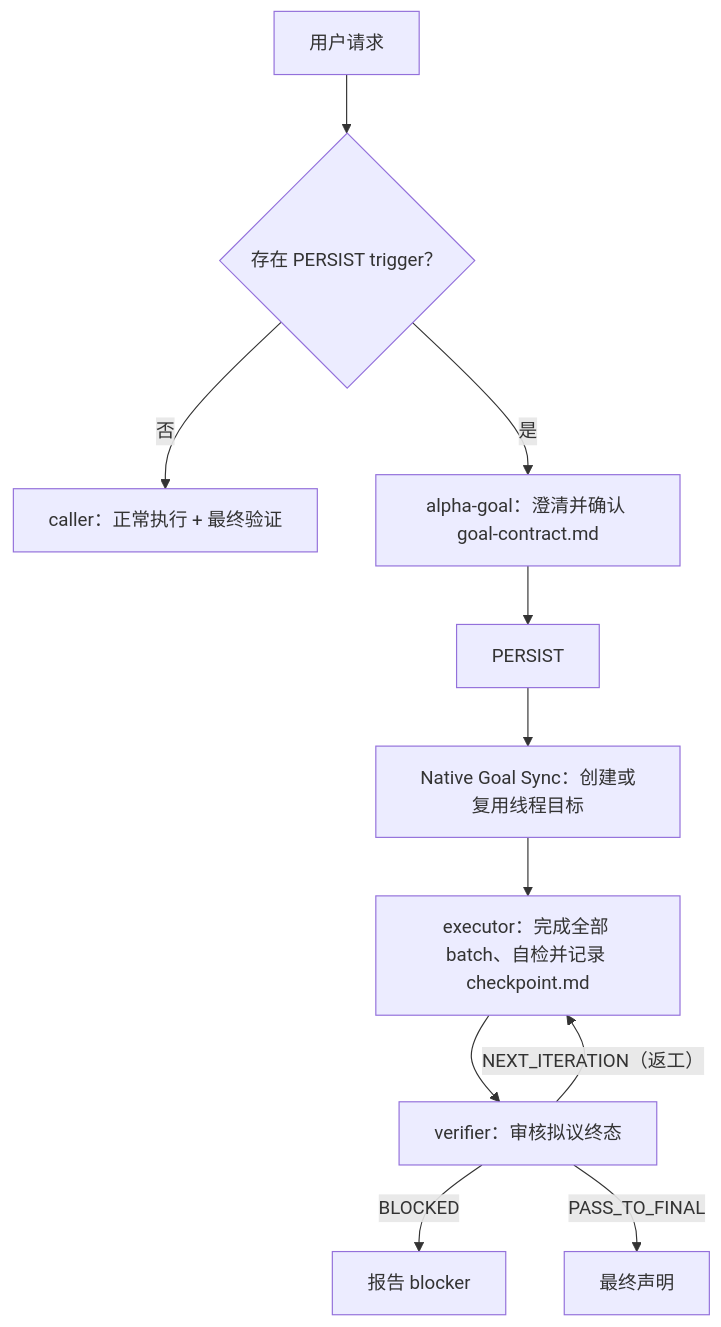
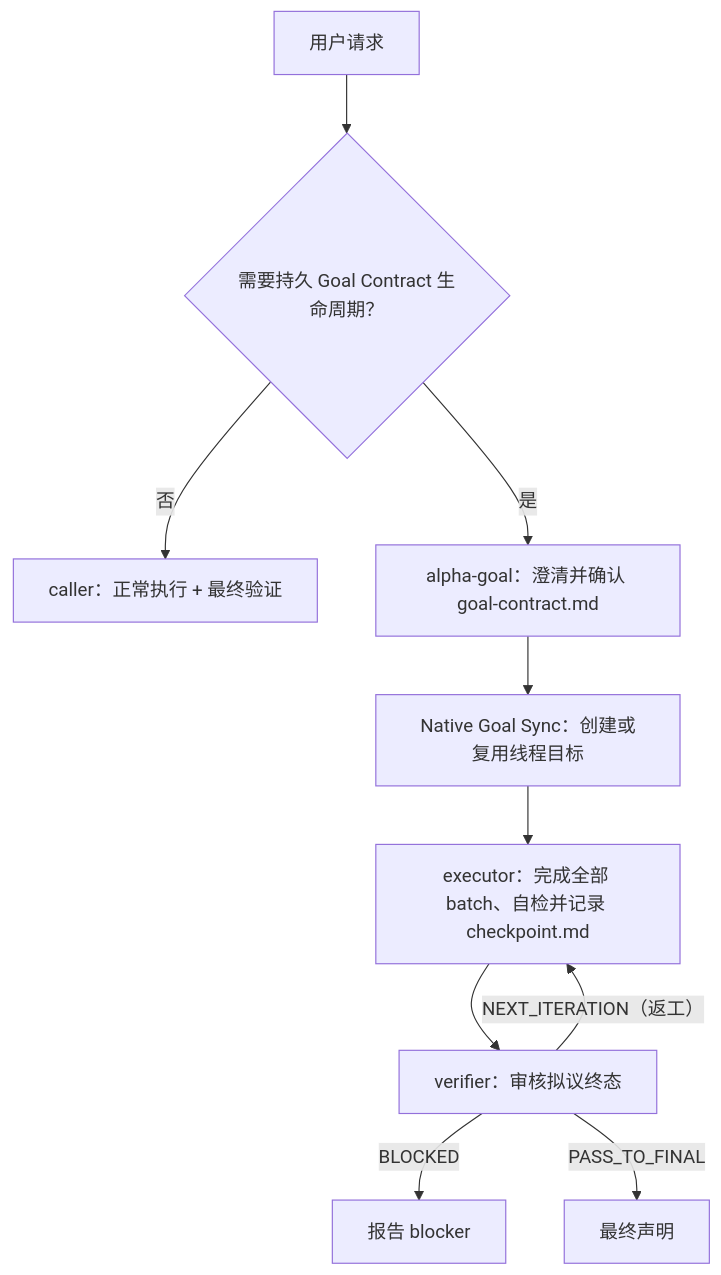
The diagram in README.md (azhonglee/alpha-goal), drawn with Mermaid before and after one commit. The commit also changed other lines of this file and 16 other files, not shown here.

````diff
--- a/README.md
+++ b/README.md
@@ -42,13 +42,12 @@
 ```mermaid
 flowchart TD
-  Q["用户请求"] --> R{"存在 PERSIST trigger？"}
+  Q["用户请求"] --> R{"需要持久 Goal Contract 生命周期？"}
   R -->|"否"| D["caller：正常执行 + 最终验证"]
   R -->|"是"| A["alpha-goal：澄清并确认 goal-contract.md"]
-  A --> P["PERSIST"]
-  P --> S["Native Goal Sync：创建或复用线程目标"]
+  A --> S["Native Goal Sync：创建或复用线程目标"]
   S --> E["executor：完成全部 batch、自检并记录 checkpoint.md"]
   E --> V["verifier：审核拟议终态"]
   V -->|"NEXT_ITERATION（返工）"| E
   V -->|"BLOCKED"| B["报告 blocker"]
   V -->|"PASS_TO_FINAL"| F["最终声明"]
 ```
````
